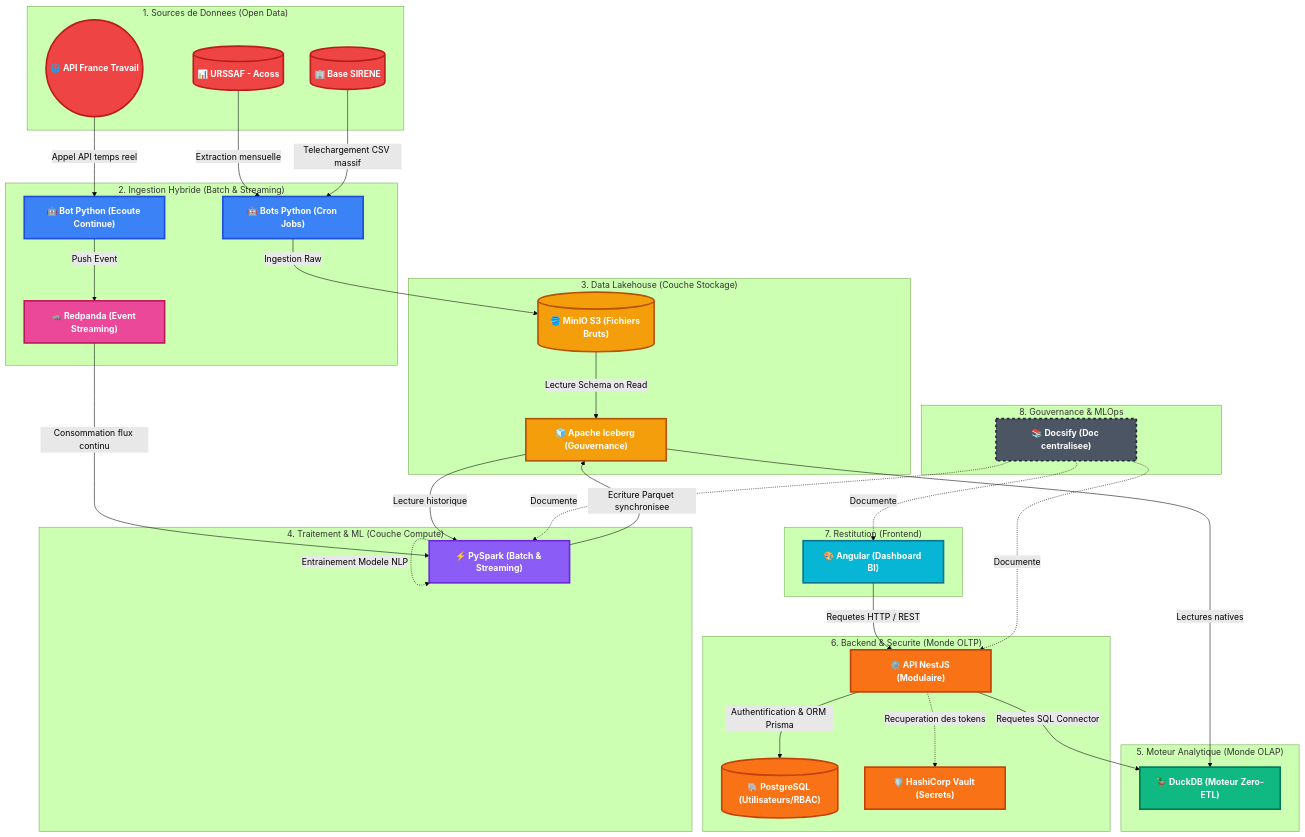
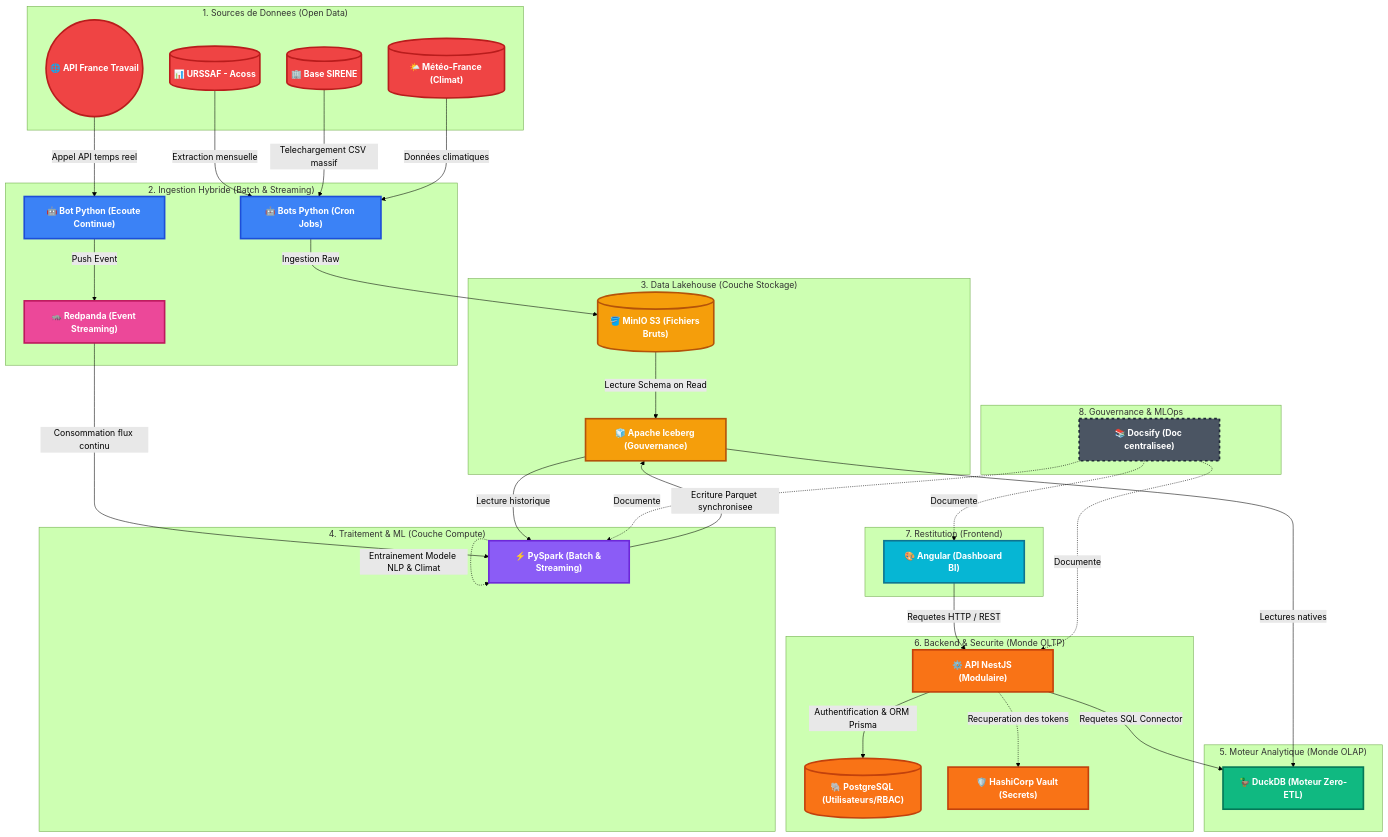
One commit to Anon31/data-skills-radar-docs changed the diagram in docs/architecture/01.vue_ensemble.md. Above: the diagram before and after it, drawn with Mermaid (forest theme). The commit also changed other lines of this file, not shown here.

````diff
--- a/docs/architecture/01.vue_ensemble.md
+++ b/docs/architecture/01.vue_ensemble.md
@@ -77,81 +72,77 @@
 ```mermaid
 graph TD
-    %% NOUVELLES COULEURS VIBRANTES
     classDef source fill:#ef4444,stroke:#b91c1c,stroke-width:3px,color:#ffffff,font-weight:bold;
     classDef ingest fill:#3b82f6,stroke:#1d4ed8,stroke-width:3px,color:#ffffff,font-weight:bold;
     classDef stream fill:#ec4899,stroke:#be185d,stroke-width:3px,color:#ffffff,font-weight:bold;
     classDef storage fill:#f59e0b,stroke:#b45309,stroke-width:3px,color:#ffffff,font-weight:bold;
     classDef compute fill:#8b5cf6,stroke:#6d28d9,stroke-width:3px,color:#ffffff,font-weight:bold;
     classDef serving fill:#10b981,stroke:#047857,stroke-width:3px,color:#ffffff,font-weight:bold;
     classDef api fill:#f97316,stroke:#c2410c,stroke-width:3px,color:#ffffff,font-weight:bold;
     classDef front fill:#06b6d4,stroke:#0e7490,stroke-width:3px,color:#ffffff,font-weight:bold;
     classDef doc fill:#4b5563,stroke:#1f2937,stroke-width:3px,stroke-dasharray: 5 5,color:#ffffff,font-weight:bold;
 
     subgraph "1. Sources de Donnees (Open Data)"
         S1[("📊 URSSAF - Acoss")]:::source
         S3[("🏢 Base SIRENE")]:::source
         S2(("🌐 API France Travail")):::source
+        S4[("🌤️ Météo-France (Climat)")]:::source
     end
 
     subgraph "2. Ingestion Hybride (Batch & Streaming)"
         Bot["🤖 Bots Python (Cron Jobs)"]:::ingest
         StreamBot["🤖 Bot Python (Ecoute Continue)"]:::ingest
         Redpanda["🦝 Redpanda (Event Streaming)"]:::stream
     end
 
     subgraph "3. Data Lakehouse (Couche Stockage)"
         MinIO[("🪣 MinIO S3 (Fichiers Bruts)")]:::storage
         Iceberg["🧊 Apache Iceberg (Gouvernance)"]:::storage
     end
 
     subgraph "4. Traitement & ML (Couche Compute)"
         Spark["⚡ PySpark (Batch & Streaming)"]:::compute
     end
 
     subgraph "5. Moteur Analytique (Monde OLAP)"
         Duck["🦆 DuckDB (Moteur Zero-ETL)"]:::serving
     end
 
     subgraph "6. Backend & Securite (Monde OLTP)"
         API["⚙️ API NestJS (Modulaire)"]:::api
         PG[("🐘 PostgreSQL (Utilisateurs/RBAC)")]:::api
         Vault["🛡️ HashiCorp Vault (Secrets)"]:::api
     end
 
     subgraph "7. Restitution (Frontend)"
         UI["🎨 Angular (Dashboard BI)"]:::front
     end
 
     subgraph "8. Gouvernance & MLOps"
         Doc["📚 Docsify (Doc centralisee)"]:::doc
     end
 
-    %% Flux Ingestion
     S1 -->|Extraction mensuelle| Bot
     S3 -->|Telechargement CSV massif| Bot
+    S4 -->|Données climatiques| Bot
     Bot -->|Ingestion Raw| MinIO
 
     S2 -->|Appel API temps reel| StreamBot
     StreamBot -->|Push Event| Redpanda
     Redpanda -->|Consommation flux continu| Spark
 
-    %% Lakehouse
     MinIO -->|Lecture Schema on Read| Iceberg
     Iceberg -->|Lecture historique| Spark
     Spark -->|Ecriture Parquet synchronisee| Iceberg
-    Spark -.->|Entrainement Modele NLP| Spark
+    Spark -.->|Entrainement Modele NLP & Climat| Spark
 
-    %% API comme Chef d'Orchestre
     UI -->|Requetes HTTP / REST| API
     API -->|Authentification & ORM Prisma| PG
     API -.->|Recuperation des tokens| Vault
     API -->|Requetes SQL Connector| Duck
 
-    %% Moteur Analytique
     Iceberg -->|Lectures natives| Duck
 
-    %% Documentation
     Doc -.->|Documente| API
     Doc -.->|Documente| UI
     Doc -.->|Documente| Spark
 ```
````
